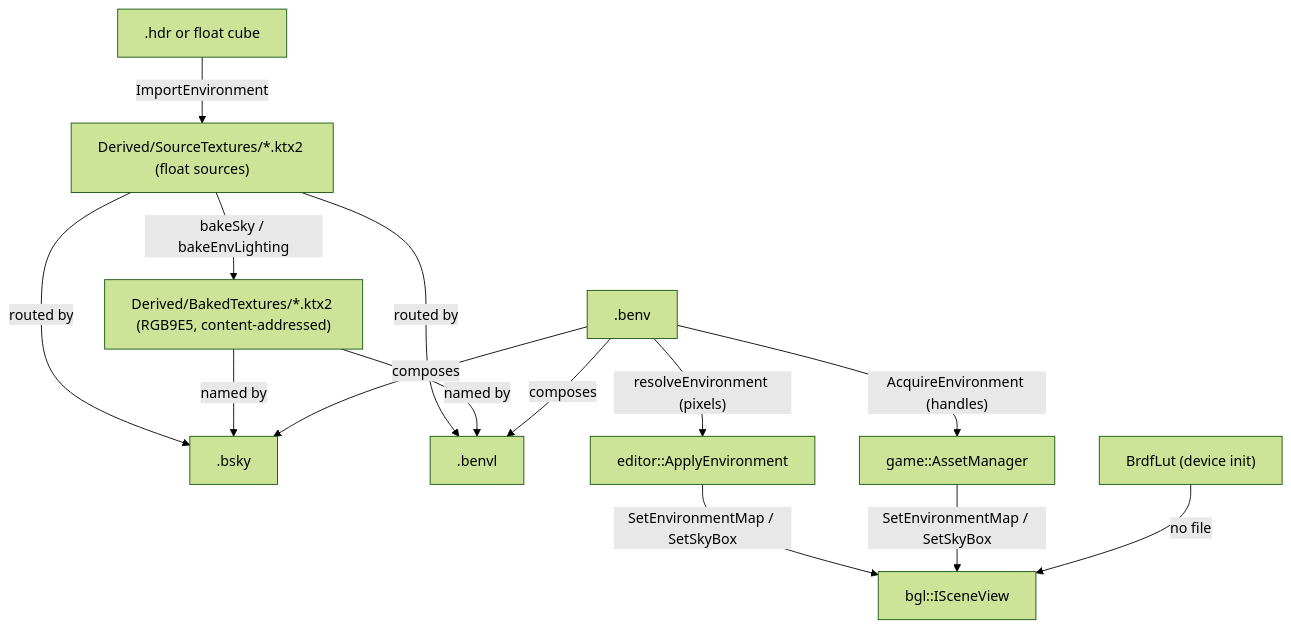
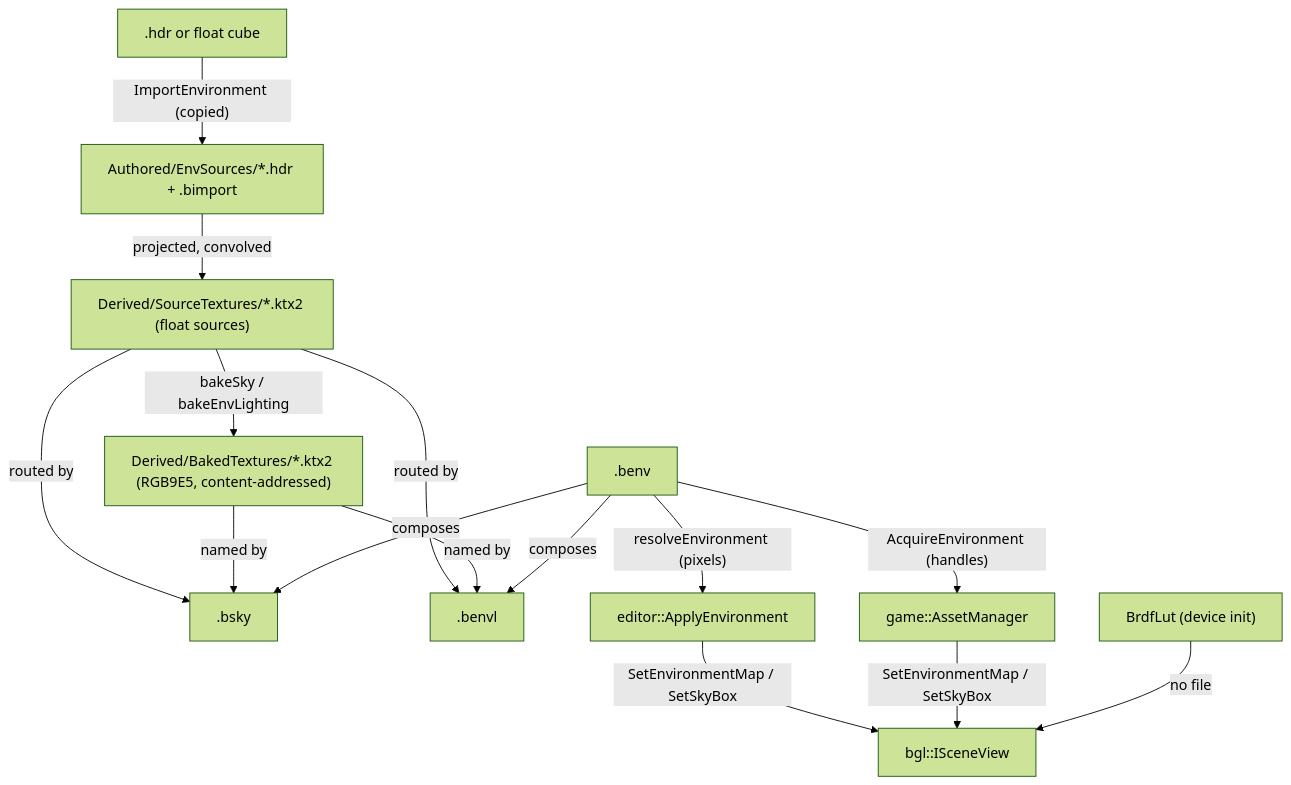
Before and after one commit to alexjiang200407/bernini: the diagram in docs/envmaps.md, drawn with Mermaid (forest theme). The commit also changed other lines of this file and 10 other files, not shown here.

````diff
--- a/docs/envmaps.md
+++ b/docs/envmaps.md
@@ -88,20 +89,21 @@
 ```mermaid
 flowchart TD
-    HDR[".hdr or float cube"] -- "ImportEnvironment" --> SRC["Derived/SourceTextures/*.ktx2 (float sources)"]
+    HDR[".hdr or float cube"] -- "ImportEnvironment (copied)" --> COPY["Authored/EnvSources/*.hdr + .bimport"]
+    COPY -- "projected, convolved" --> SRC["Derived/SourceTextures/*.ktx2 (float sources)"]
     SRC -- "bakeSky / bakeEnvLighting" --> BAKED["Derived/BakedTextures/*.ktx2 (RGB9E5, content-addressed)"]
 
     SRC -- "routed by" --> BSKY[".bsky"]
     SRC -- "routed by" --> BENVL[".benvl"]
     BAKED -- "named by" --> BSKY
     BAKED -- "named by" --> BENVL
 
     BENV[".benv"] -- "composes" --> BSKY
     BENV -- "composes" --> BENVL
 
     BENV -- "resolveEnvironment (pixels)" --> EDITOR["editor::ApplyEnvironment"]
     BENV -- "AcquireEnvironment (handles)" --> GAME["game::AssetManager"]
 
     EDITOR -- "SetEnvironmentMap / SetSkyBox" --> VIEW["bgl::ISceneView"]
     GAME -- "SetEnvironmentMap / SetSkyBox" --> VIEW
     LUT["BrdfLut (device init)"] -- "no file" --> VIEW
 ```
````
